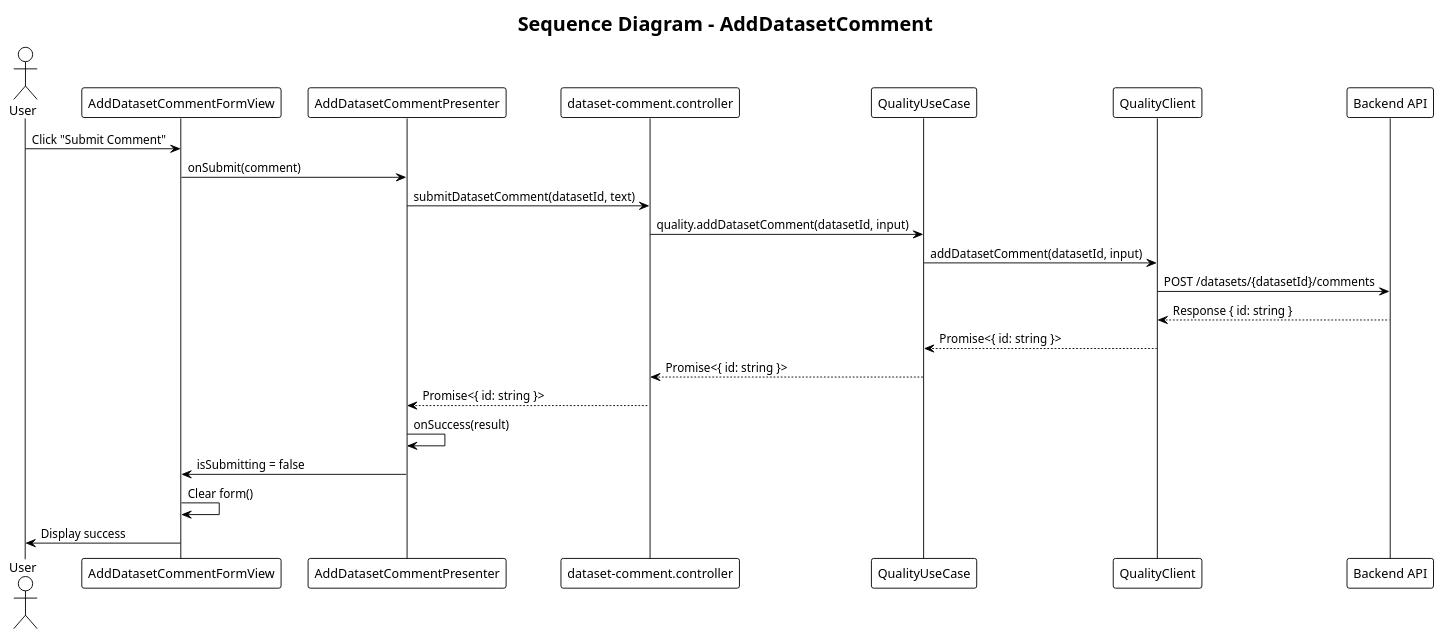
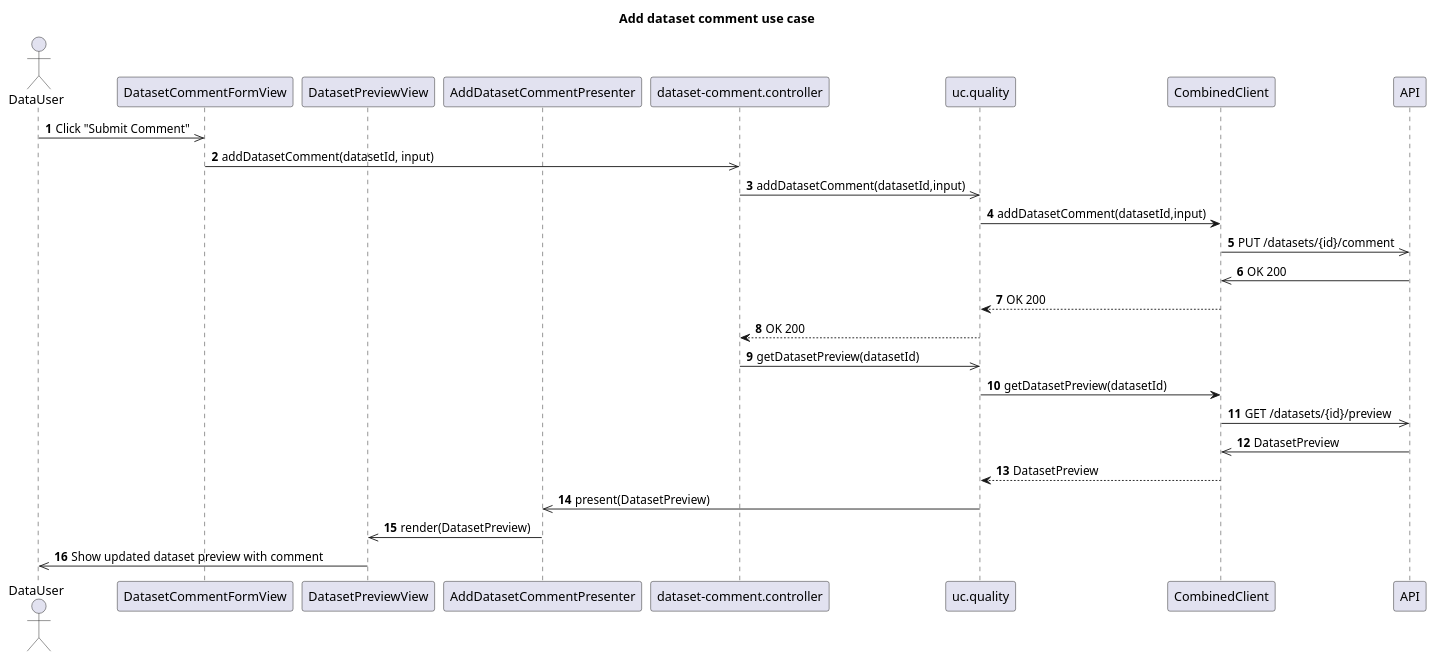
Before and after one commit to POP2025-EEPW/doorce-frontend: the diagram in diagrams/sequence/addDatasetComment.puml, drawn with PlantUML. The commit also changed 4 other files, not shown here.

Commit message:
fix: fixed errors in diagrams related to group2

```diff
--- a/diagrams/sequence/addDatasetComment.puml
+++ b/diagrams/sequence/addDatasetComment.puml
@@ -1,29 +1,34 @@
 @startuml
-!theme plain
-title Sequence Diagram - AddDatasetComment
+title Add dataset comment use case
 
-actor User as "User"
-participant View as "AddDatasetCommentFormView"
-participant Presenter as "AddDatasetCommentPresenter"
-participant Controller as "dataset-comment.controller"
-participant UC as "QualityUseCase"
-participant Client as "QualityClient"
-participant API as "Backend API"
+autonumber
+
+actor DataUser as User
+
+participant "DatasetCommentFormView" as DatasetCommentFormView
+participant "DatasetPreviewView" as View
+participant "AddDatasetCommentPresenter" as Presenter
+participant "dataset-comment.controller" as Controller
+participant "uc.quality" as UseCase
+participant "CombinedClient" as Client
+participant "API" as Http
+
+User ->> DatasetCommentFormView : Click "Submit Comment"
+DatasetCommentFormView ->> Controller : addDatasetComment(datasetId, input)
+Controller ->> UseCase : addDatasetComment(datasetId,input)
+UseCase -> Client : addDatasetComment(datasetId,input)
+Client ->> Http : PUT /datasets/{id}/comment
+Http ->> Client : OK 200
+Client --> UseCase : OK 200
+UseCase --> Controller : OK 200
+Controller ->> UseCase: getDatasetPreview(datasetId)
+UseCase -> Client : getDatasetPreview(datasetId)
+Client ->> Http : GET /datasets/{id}/preview
+Http ->> Client : DatasetPreview
+Client --> UseCase : DatasetPreview
+UseCase ->> Presenter : present(DatasetPreview)
+Presenter ->> View : render(DatasetPreview)
+View ->> User : Show updated dataset preview with comment
 
 
-User -> View: Click "Submit Comment"
-View -> Presenter: onSubmit(comment)
-Presenter -> Controller: submitDatasetComment(datasetId, text)
-Controller -> UC: quality.addDatasetComment(datasetId, input)
-UC -> Client: addDatasetComment(datasetId, input)
-Client -> API: POST /datasets/{datasetId}/comments
-API --> Client: Response { id: string }
-Client --> UC: Promise<{ id: string }>
-UC --> Controller: Promise<{ id: string }>
-Controller --> Presenter: Promise<{ id: string }>
-Presenter -> Presenter: onSuccess(result)
-Presenter -> View: isSubmitting = false
-View -> View: Clear form()
-View -> User: Display success
-
 @enduml
```
